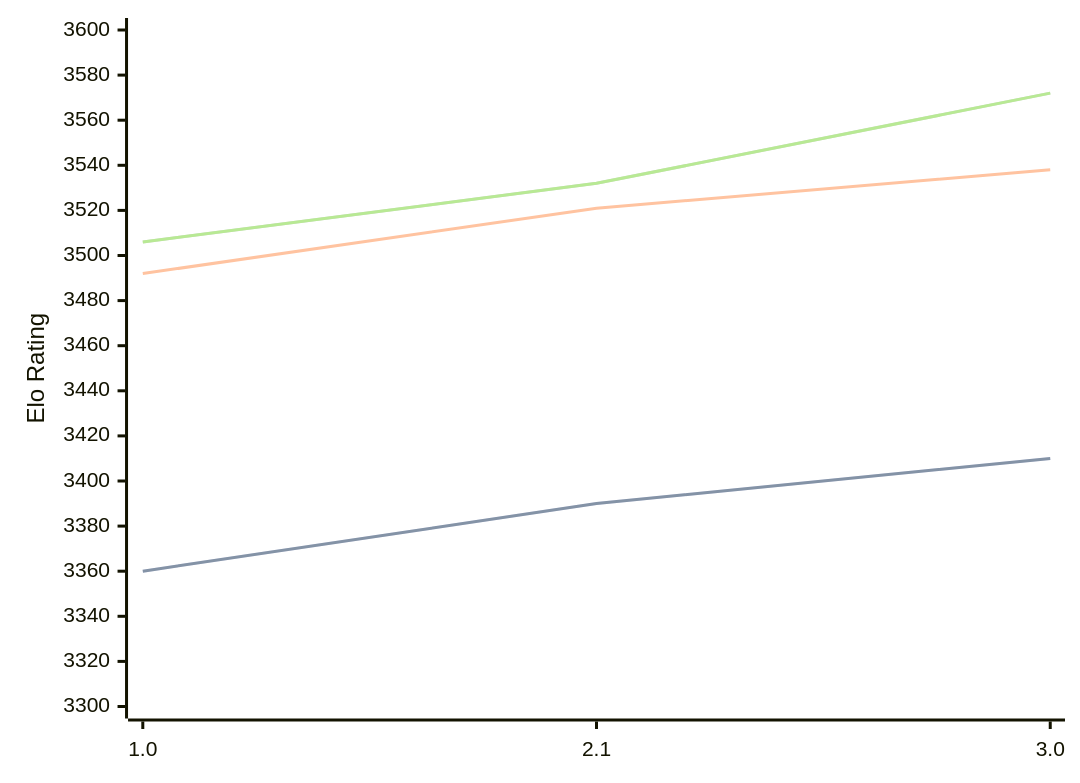
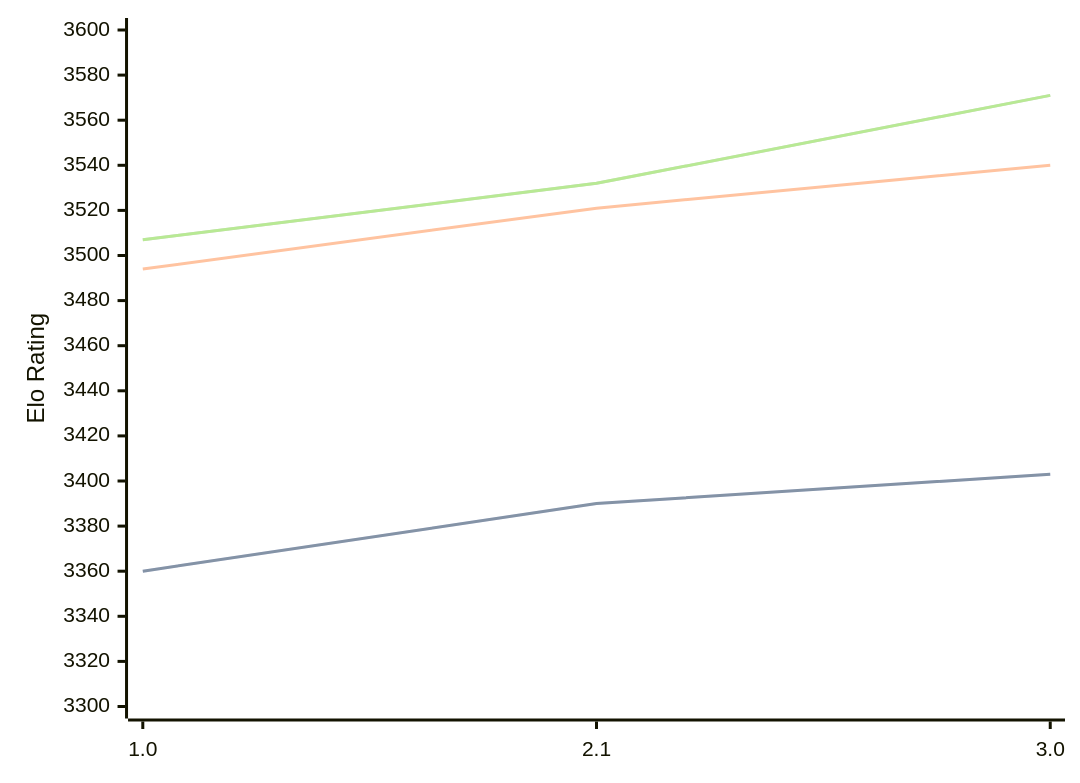
One commit to computer-chess-index/cci changed the diagram in engines/Hobbes.md. Above: the diagram before and after it, drawn with Mermaid. The commit also changed other lines of this file, not shown here.

Commit message:
Update CCI Ratings (ELO VLTC) - 2026-07-25

````diff
--- a/engines/Hobbes.md
+++ b/engines/Hobbes.md
@@ -34,11 +34,11 @@
 ```mermaid
 %%{init: {"theme":"base","themeVariables":{"seriesColors:['#a3a3a3','#222221','#faa371']}}}%%
 xychart-beta
   x-axis ["1.0", "2.1", "3.0"]
   y-axis "Elo Rating" 3300 --> 3600
-  line "STC (8.0+0.08s)" [3360, 3390, 3410]
-  line "STC (8.0+0.08s)" [3360, 3390, 3410]
-  line "LTC (60.0+0.60s)" [3492, 3521, 3538]
-  line "VLTC (2m24s+1.12s)" [3506, 3532, 3572]
-  line "VLTC (2m24s+1.12s)" [3506, 3532, 3572]
+  line "STC (8.0+0.08s)" [3360, 3390, 3403]
+  line "STC (8.0+0.08s)" [3360, 3390, 3403]
+  line "LTC (60.0+0.60s)" [3494, 3521, 3540]
+  line "VLTC (2m24s+1.12s)" [3507, 3532, 3571]
+  line "VLTC (2m24s+1.12s)" [3507, 3532, 3571]
 ```
````
